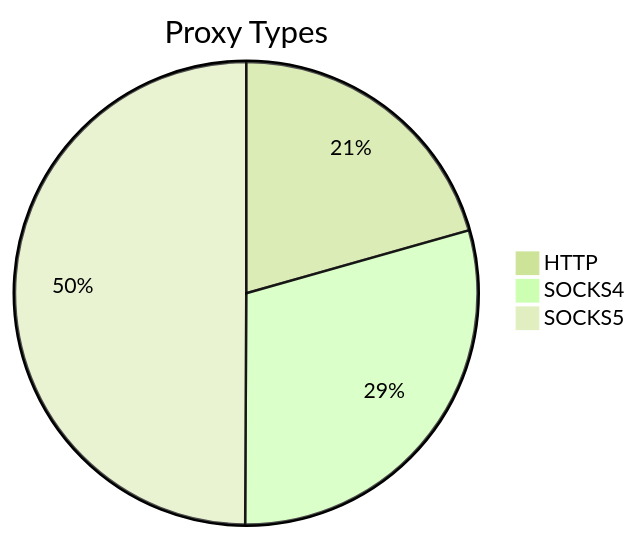
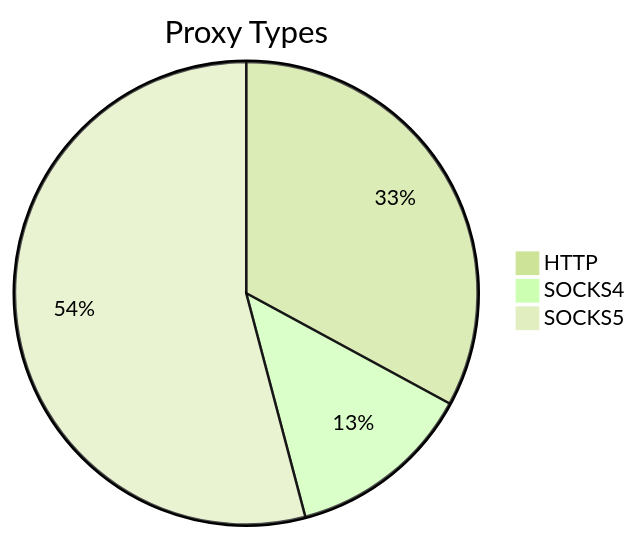
The first of 2 diagrams in README.md (stormsia/proxy-list), drawn with Mermaid (forest theme) before and after one commit. The commit also changed other lines of this file, not shown here.

````diff
--- a/README.md
+++ b/README.md
@@ -21,6 +21,6 @@
 ```mermaid
 pie title Proxy Types
-    "HTTP" : 140
-    "SOCKS4" : 200
-    "SOCKS5" : 339
+    "HTTP" : 104
+    "SOCKS4" : 41
+    "SOCKS5" : 171
 ```
````
